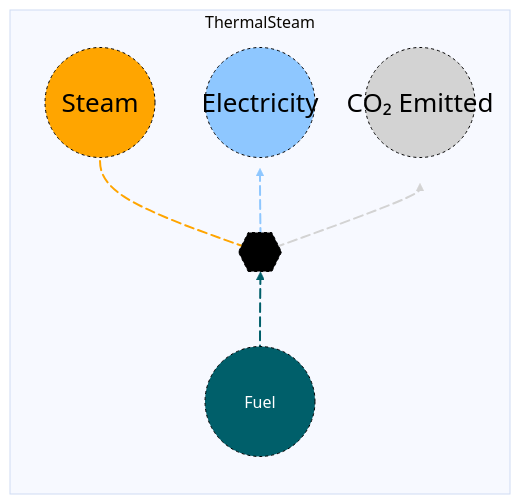
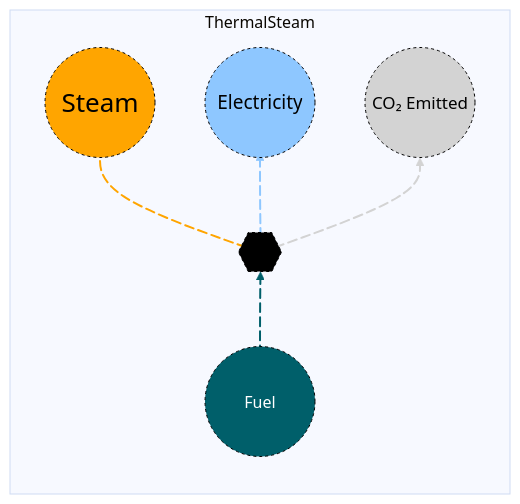
The diagram in docs/src/Manual/assets/thermalsteam.md (acheng1757/MacroEnergy-Abbie.jl), drawn with Mermaid before and after one commit. The commit also changed 1 other file, not shown here.

Commit message:
Fixed font size

````diff
--- a/docs/src/Manual/assets/thermalsteam.md
+++ b/docs/src/Manual/assets/thermalsteam.md
@@ -25,26 +25,26 @@
 ```mermaid
 %%{init: {'theme': 'base', 'themeVariables': { 'background': '#D1EBDE' }}}%%
 flowchart LR
   subgraph ThermalSteam
   direction BT
   A((Fuel)) e1@ --> B{{..}}
   B e2@ --> C((Steam))
   B e3@ --> D((Electricity))
   B e4@ --> E((CO₂ Emitted))
   e1@{animate: true}
   e2@{animate: true}
   e3@{animate: true}
   e4@{animate: true}
  end
     style A r:55px,fill:#005F6A,stroke:black,color:white,stroke-dasharray: 3,5;
     style B r:55px,fill:black,stroke:black,color:black,stroke-dasharray: 3,5;
     style C font-size:26px,r:55px,fill:#FFA500,stroke:black,color:black,stroke-dasharray: 3,5;
-    style D font-size:26px,r:55px,fill:#8EC7FF,stroke:black,color:black,stroke-dasharray: 3,5;
-    style E font-size:26px,r:55px,fill:lightgray,stroke:black,color:black,stroke-dasharray: 3,5;
+    style D font-size:19px,r:55px,fill:#8EC7FF,stroke:black,color:black,stroke-dasharray: 3,5;
+    style E font-size:17px,r:55px,fill:lightgray,stroke:black,color:black,stroke-dasharray: 3,5;
 
   linkStyle 0 stroke:#005F6A, stroke-width: 2px;
   linkStyle 1 stroke:#FFA500, stroke-width: 2px;
   linkStyle 2 stroke:#8EC7FF, stroke-width: 2px;
   linkStyle 3 stroke:lightgray, stroke-width: 2px;
   
 ```
````
